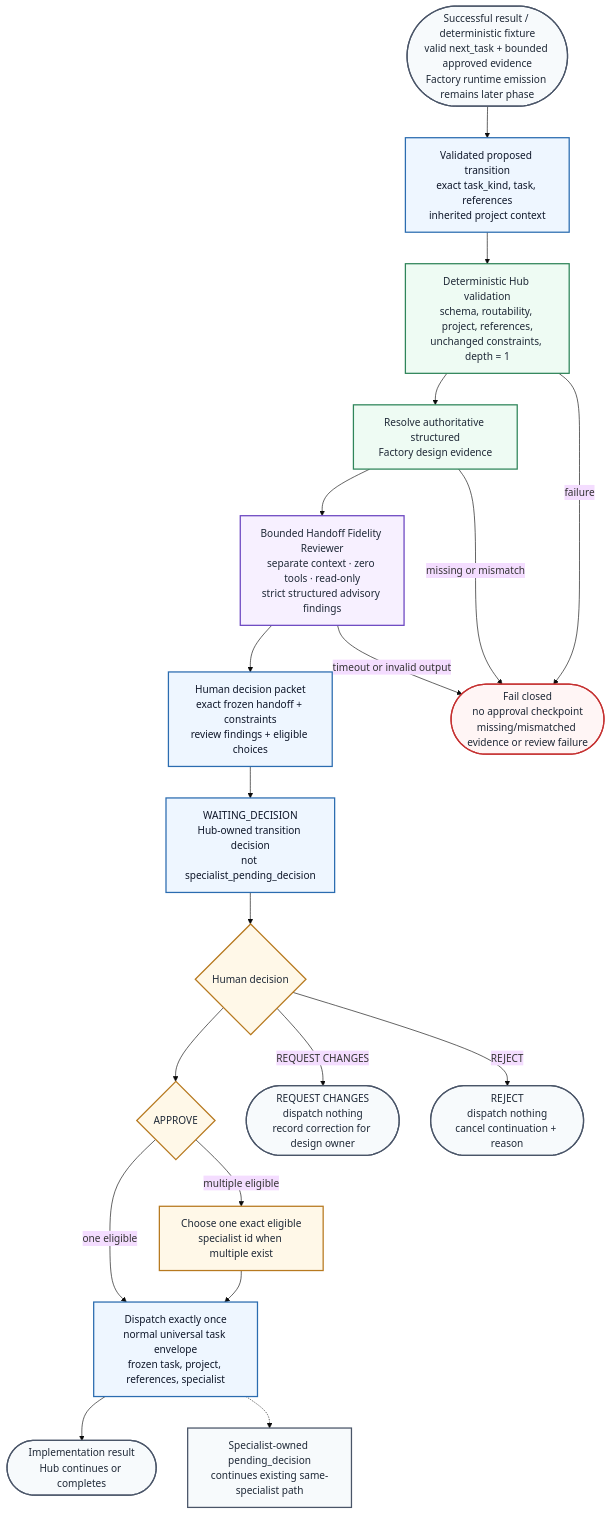
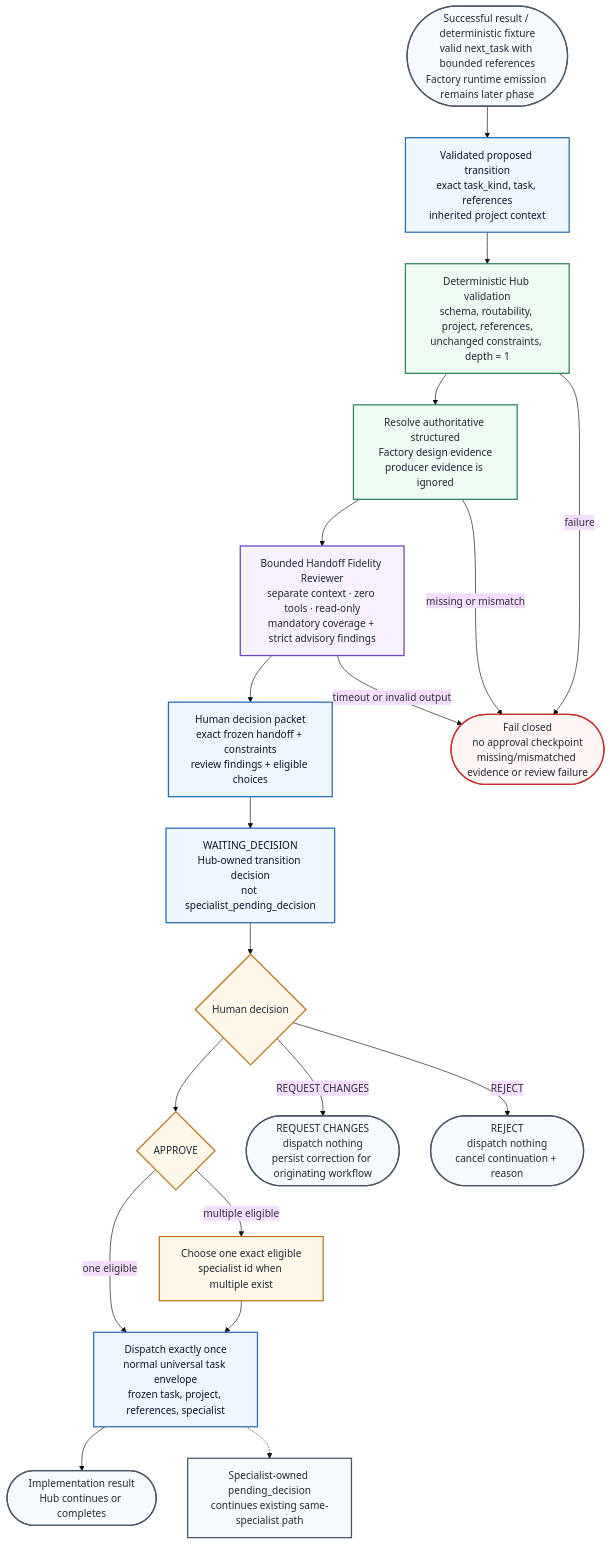
One commit to robvoto/agent-hub changed the diagram in docs/diagrams/08-CROSS-SPECIALIST-EXECUTION-PLAN.mmd. Above: the diagram before and after it, drawn with Mermaid (base theme). The commit also changed 14 other files, not shown here.

Commit message:
fix: close handoff review findings

```diff
--- a/docs/diagrams/08-CROSS-SPECIALIST-EXECUTION-PLAN.mmd
+++ b/docs/diagrams/08-CROSS-SPECIALIST-EXECUTION-PLAN.mmd
@@ -1,43 +1,43 @@
 flowchart TD
-    Source([Successful result / deterministic fixture<br/>valid next_task + bounded approved evidence<br/>Factory runtime emission remains later phase])
+    Source([Successful result / deterministic fixture<br/>valid next_task with bounded references<br/>Factory runtime emission remains later phase])
     Proposed["Validated proposed transition<br/>exact task_kind, task, references<br/>inherited project context"]
     Deterministic["Deterministic Hub validation<br/>schema, routability, project, references,<br/>unchanged constraints, depth = 1"]
-    Evidence["Resolve authoritative structured<br/>Factory design evidence"]
-    Reviewer["Bounded Handoff Fidelity Reviewer<br/>separate context · zero tools · read-only<br/>strict structured advisory findings"]
+    Evidence["Resolve authoritative structured<br/>Factory design evidence<br/>producer evidence is ignored"]
+    Reviewer["Bounded Handoff Fidelity Reviewer<br/>separate context · zero tools · read-only<br/>mandatory coverage + strict advisory findings"]
     Packet["Human decision packet<br/>exact frozen handoff + constraints<br/>review findings + eligible choices"]
     Waiting["WAITING_DECISION<br/>Hub-owned transition decision<br/>not specialist_pending_decision"]
     Decision{"Human decision"}
     Approve{"APPROVE"}
     Choose["Choose one exact eligible<br/>specialist id when multiple exist"]
     Dispatch["Dispatch exactly once<br/>normal universal task envelope<br/>frozen task, project, references, specialist"]
-    Request([REQUEST CHANGES<br/>dispatch nothing<br/>record correction for design owner])
+    Request([REQUEST CHANGES<br/>dispatch nothing<br/>persist correction for originating workflow])
     Reject([REJECT<br/>dispatch nothing<br/>cancel continuation + reason])
     SpecialistDecision["Specialist-owned pending_decision<br/>continues existing same-specialist path"]
     Result([Implementation result<br/>Hub continues or completes])
     Fail([Fail closed<br/>no approval checkpoint<br/>missing/mismatched evidence or review failure])
 
     Source --> Proposed --> Deterministic --> Evidence --> Reviewer --> Packet --> Waiting --> Decision
     Deterministic -->|failure| Fail
     Evidence -->|missing or mismatch| Fail
     Reviewer -->|timeout or invalid output| Fail
     Decision --> Approve
     Decision -->|REQUEST CHANGES| Request
     Decision -->|REJECT| Reject
     Approve -->|one eligible| Dispatch
     Approve -->|multiple eligible| Choose --> Dispatch
     Dispatch --> Result
     Dispatch -.-> SpecialistDecision
 
     classDef hub fill:#eef6ff,stroke:#2b6cb0,stroke-width:2px,color:#0f172a;
     classDef deterministic fill:#eefbf3,stroke:#2f855a,stroke-width:2px,color:#1f2937;
     classDef review fill:#f7f0ff,stroke:#6b46c1,stroke-width:2px,color:#1f2937;
     classDef human fill:#fff8e8,stroke:#b7791f,stroke-width:2px,color:#1f2937;
     classDef terminal fill:#f7fafc,stroke:#4a5568,stroke-width:2px,color:#1f2937;
     classDef fail fill:#fff5f5,stroke:#c53030,stroke-width:2px,color:#1f2937;
 
     class Proposed,Packet,Waiting,Dispatch hub;
     class Deterministic,Evidence deterministic;
     class Reviewer review;
     class Decision,Approve,Choose human;
     class Source,Request,Reject,SpecialistDecision,Result terminal;
     class Fail fail;
```
